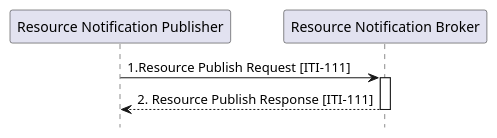
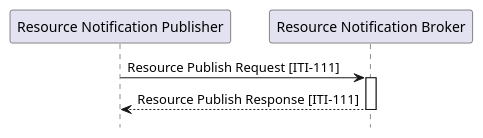
The diagram in input/images-source/ITI-111-Publish-seq.plantuml (IHE/ITI.DSUBm), drawn with PlantUML before and after one commit. The commit also changed 6 other files, not shown here.

```diff
--- a/input/images-source/ITI-111-Publish-seq.plantuml
+++ b/input/images-source/ITI-111-Publish-seq.plantuml
@@ -1,14 +1,14 @@
 @startuml
 hide footbox
 
 participant "Resource Notification Publisher" as  Publisher
 participant "Resource Notification Broker" as  Broker
 
 
 
-Publisher -> Broker : 1.Resource Publish Request [ITI-111]
+Publisher -> Broker : Resource Publish Request [ITI-111]
 activate Broker
-Broker --> Publisher : 2. Resource Publish Response [ITI-111]
+Broker --> Publisher : Resource Publish Response [ITI-111]
 deactivate Broker
 
 @enduml
```
